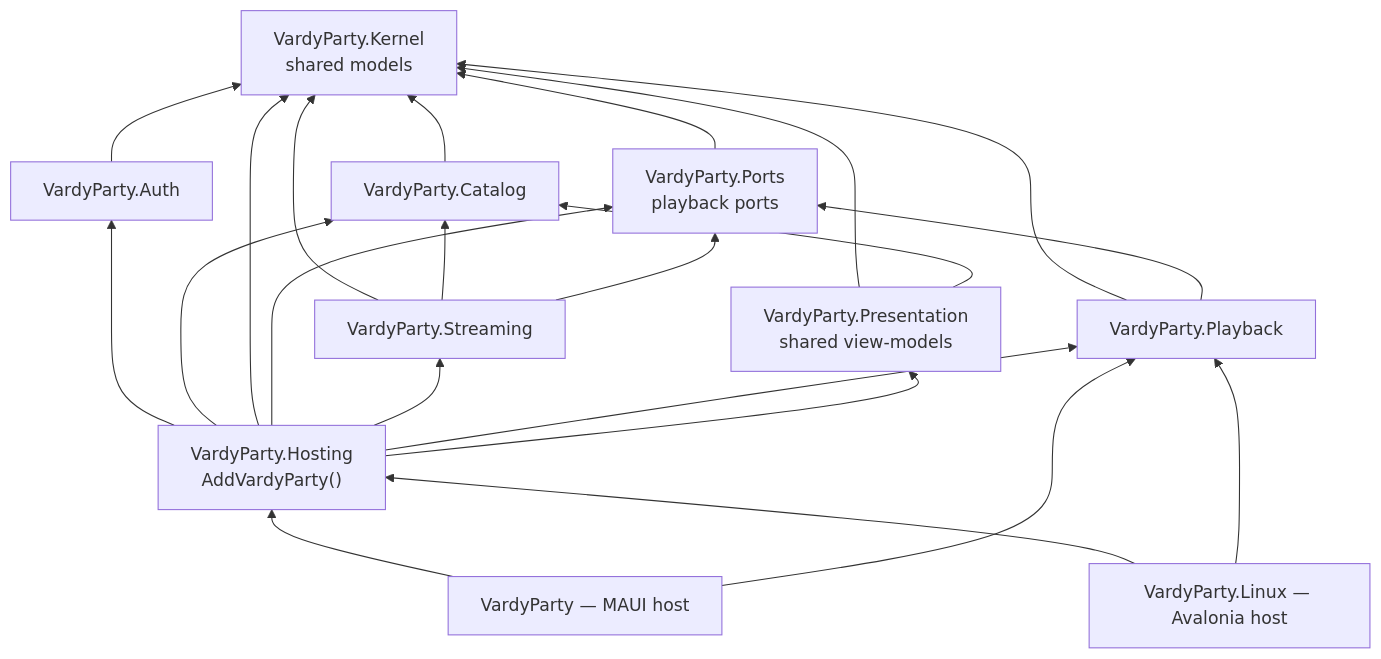
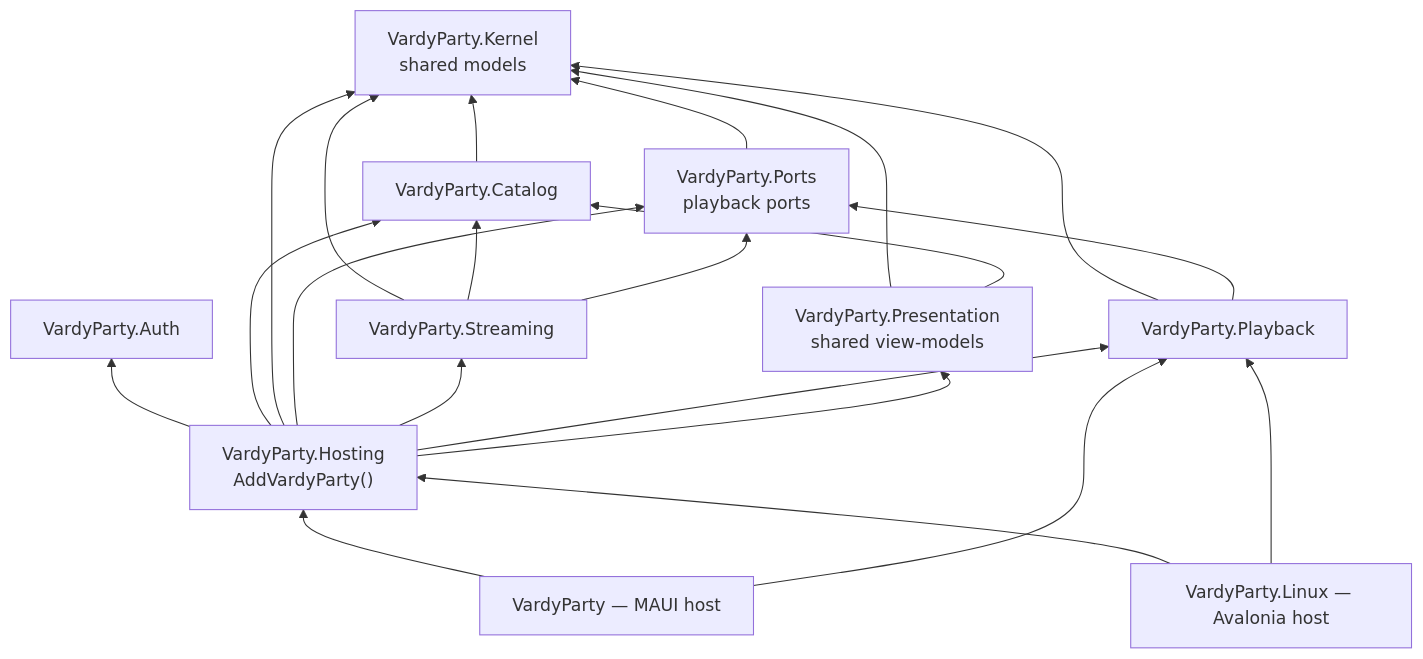
The first of 4 diagrams in docs/architecture/phase-1-canvas.md (Vardy-Party/Client), drawn with Mermaid before and after one commit. The commit also changed other lines of this file and 1 other file, not shown here.

First line of the commit message:
Align architecture docs with Auth having no Kernel dependency.

````diff
--- a/docs/architecture/phase-1-canvas.md
+++ b/docs/architecture/phase-1-canvas.md
@@ -12,35 +12,34 @@
 ```mermaid
 flowchart BT
   Kernel["VardyParty.Kernel<br/>shared models"]
   Ports["VardyParty.Ports<br/>playback ports"]
   Auth["VardyParty.Auth"]
   Catalog["VardyParty.Catalog"]
   Streaming["VardyParty.Streaming"]
   Playback["VardyParty.Playback"]
   Presentation["VardyParty.Presentation<br/>shared view-models"]
   Hosting["VardyParty.Hosting<br/>AddVardyParty()"]
   Maui["VardyParty — MAUI host"]
   Linux["VardyParty.Linux — Avalonia host"]
 
-  Auth --> Kernel
   Catalog --> Kernel
   Ports --> Kernel
   Streaming --> Kernel
   Streaming --> Catalog
   Streaming --> Ports
   Playback --> Kernel
   Playback --> Ports
   Presentation --> Kernel
   Presentation --> Catalog
   Hosting --> Auth
   Hosting --> Catalog
   Hosting --> Kernel
   Hosting --> Ports
   Hosting --> Streaming
   Hosting --> Playback
   Hosting --> Presentation
   Maui --> Hosting
   Linux --> Hosting
   Maui --> Playback
   Linux --> Playback
 ```
````
